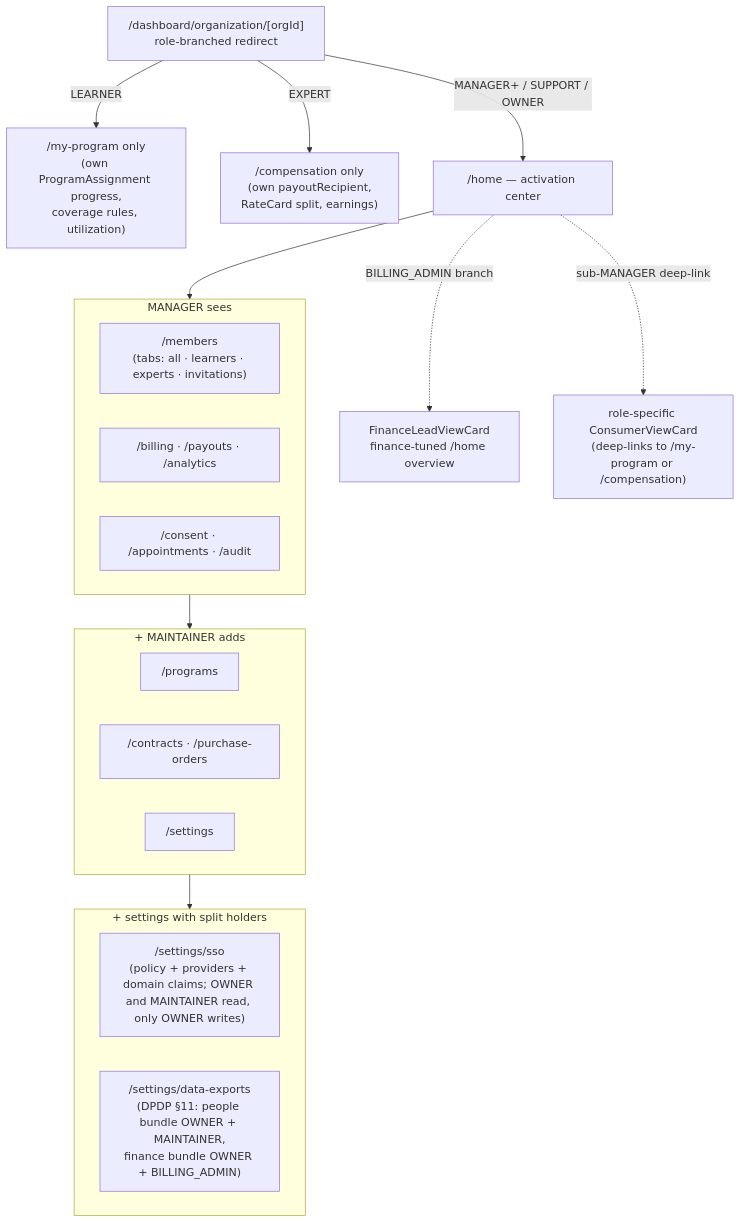
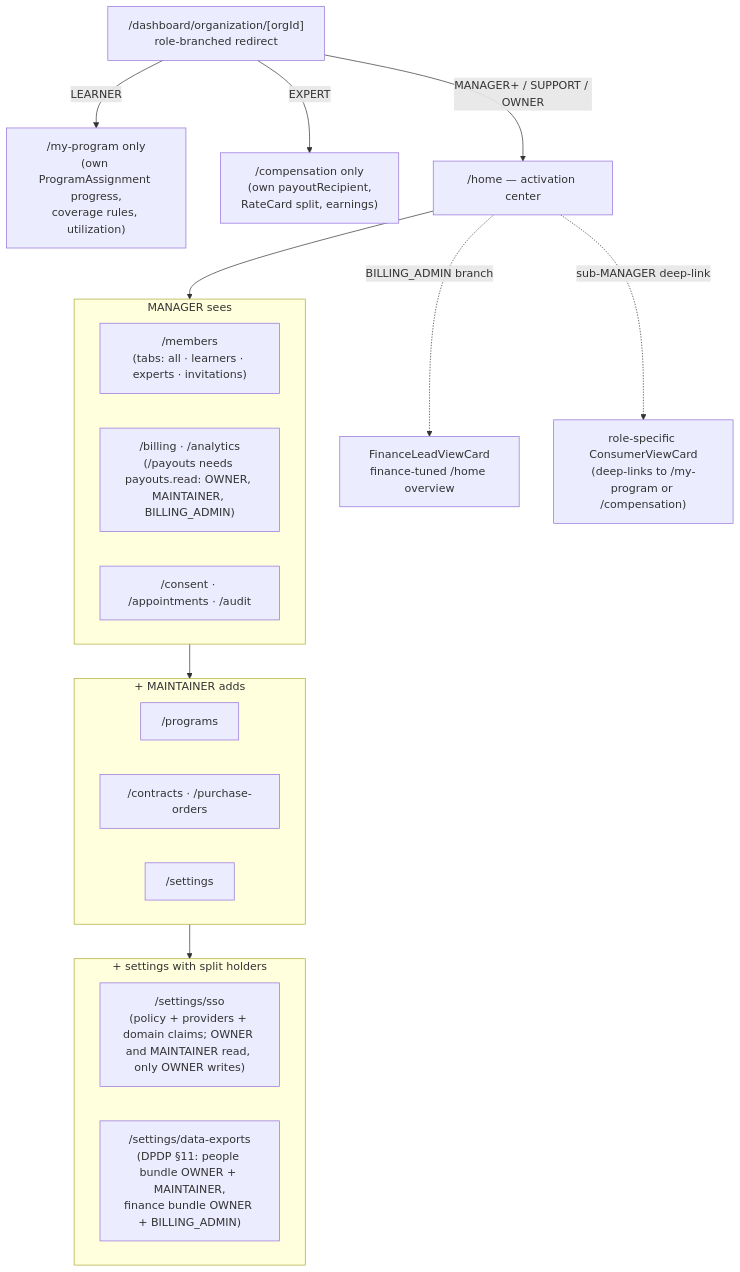
One commit to Practitionist/familiarise_web changed the diagram in docs/enterprise/30-programs-and-lifecycle/04-dashboard-pages.md. Above: the diagram before and after it, drawn with Mermaid. The commit also changed 3 other files, not shown here.

````diff
--- a/docs/enterprise/30-programs-and-lifecycle/04-dashboard-pages.md
+++ b/docs/enterprise/30-programs-and-lifecycle/04-dashboard-pages.md
@@ -219,29 +219,29 @@
 ```mermaid
 flowchart TD
   ENTRY["/dashboard/organization/[orgId]<br/>role-branched redirect"]
   ENTRY -->|LEARNER| LRN["/my-program only<br/>(own ProgramAssignment progress,<br/>coverage rules, utilization)"]
   ENTRY -->|EXPERT| EXP["/compensation only<br/>(own payoutRecipient,<br/>RateCard split, earnings)"]
   ENTRY -->|MANAGER+ / SUPPORT / OWNER| HOME["/home — activation center"]
 
   subgraph MGR["MANAGER sees"]
     direction LR
     M1["/members<br/>(tabs: all · learners · experts · invitations)"]
-    M2["/billing · /payouts · /analytics"]
+    M2["/billing · /analytics<br/>(/payouts needs payouts.read: OWNER, MAINTAINER, BILLING_ADMIN)"]
     M3["/consent · /appointments · /audit"]
   end
   subgraph MNT["+ MAINTAINER adds"]
     direction LR
     T1["/programs"]
     T2["/contracts · /purchase-orders"]
     T3["/settings"]
   end
   subgraph OWN["+ settings with split holders"]
     direction LR
     O1["/settings/sso<br/>(policy + providers + domain claims; OWNER and MAINTAINER read, only OWNER writes)"]
     O2["/settings/data-exports<br/>(DPDP §11: people bundle OWNER + MAINTAINER,<br/>finance bundle OWNER + BILLING_ADMIN)"]
   end
   HOME --> MGR --> MNT --> OWN
 
   HOME -.->|BILLING_ADMIN branch| FIN["FinanceLeadViewCard<br/>finance-tuned /home overview"]
   HOME -.->|sub-MANAGER deep-link| CON["role-specific ConsumerViewCard<br/>(deep-links to /my-program or /compensation)"]
 ```
````
